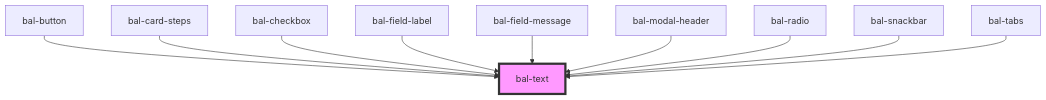
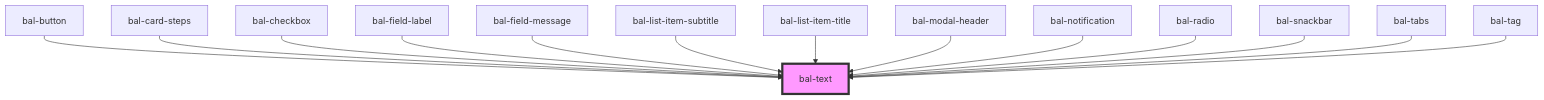
Before and after one commit to baloise/design-system: the diagram in packages/library/src/components/bal-text/readme.md, drawn with Mermaid. The commit also changed other lines of this file and 52 other files, not shown here.

````diff
--- a/packages/library/src/components/bal-text/readme.md
+++ b/packages/library/src/components/bal-text/readme.md
@@ -23,13 +34,17 @@
 ```mermaid
 graph TD;
   bal-button --> bal-text
   bal-card-steps --> bal-text
   bal-checkbox --> bal-text
   bal-field-label --> bal-text
   bal-field-message --> bal-text
+  bal-list-item-subtitle --> bal-text
+  bal-list-item-title --> bal-text
   bal-modal-header --> bal-text
+  bal-notification --> bal-text
   bal-radio --> bal-text
   bal-snackbar --> bal-text
   bal-tabs --> bal-text
+  bal-tag --> bal-text
   style bal-text fill:#f9f,stroke:#333,stroke-width:4px
 ```
````
